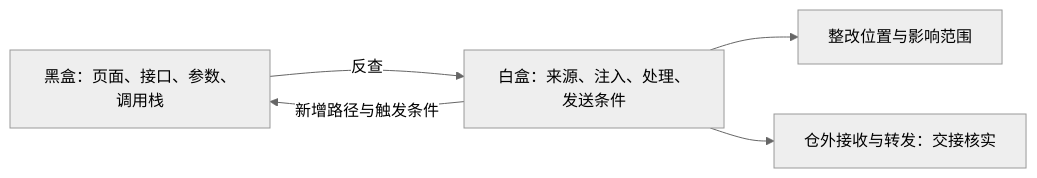
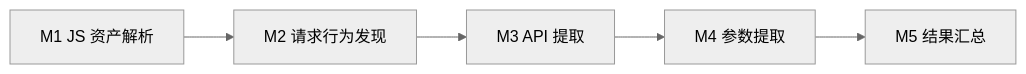
Before and after one commit to luohaijiang789/js-security: the diagram in README.md, drawn with Mermaid (neutral theme). The commit also changed other lines of this file and 7 other files, not shown here.

````diff
--- a/README.md
+++ b/README.md
@@ -39,7 +9,7 @@
 ```mermaid
 flowchart LR
-    B["黑盒：页面、接口、参数、调用栈"] -->|反查| W["白盒：来源、注入、处理、发送条件"]
-    W -->|新增路径与触发条件| B
-    W --> R["整改位置与影响范围"]
-    W --> H["仓外接收与转发：交接核实"]
+    A["M1 JS 资产解析"] --> B["M2 请求行为发现"]
+    B --> C["M3 API 提取"]
+    C --> D["M4 参数提取"]
+    D --> E["M5 结果汇总"]
 ```
````
